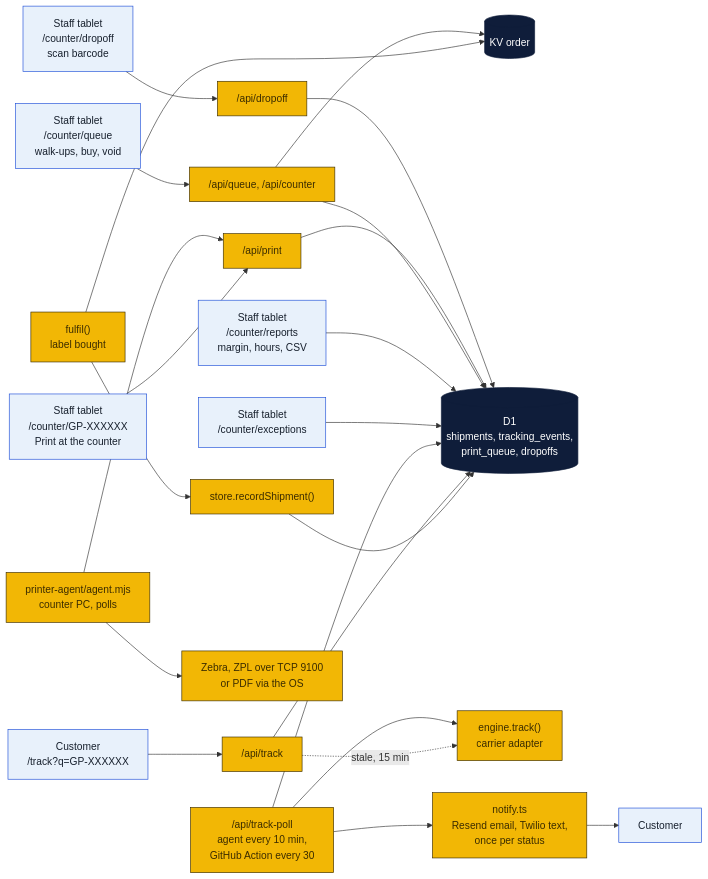
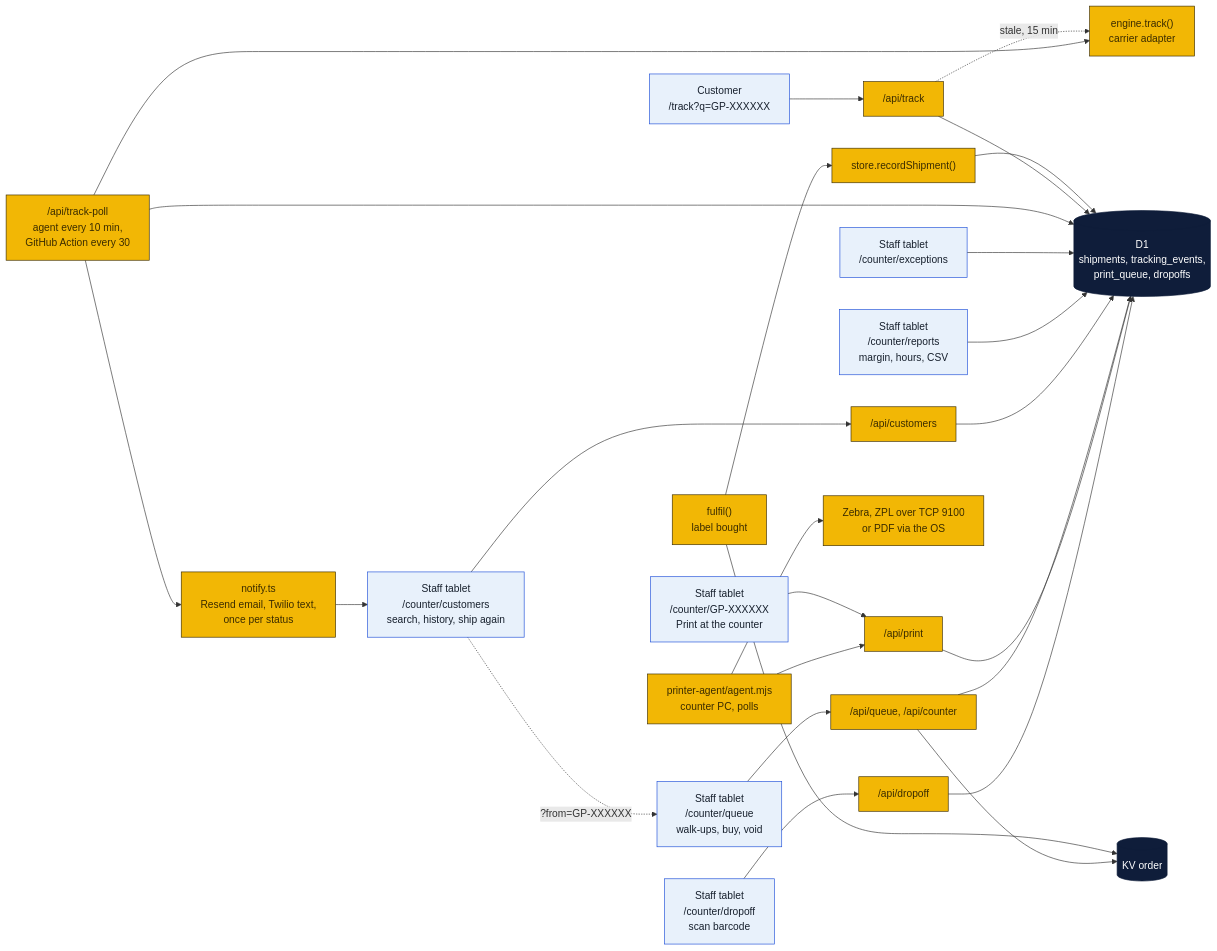
One commit to wbp318/goin-postal-forsythe changed the second of 7 diagrams in shipping-client/README.md. Above: the diagram before and after it, drawn with Mermaid. The commit also changed other lines of this file and 12 other files, not shown here.

First line of the commit message:
PeterShip: customer lookup, ship-again prefill, long plain-language guide (N2)

````diff
--- a/shipping-client/README.md
+++ b/shipping-client/README.md
@@ -59,22 +62,24 @@
 ```mermaid
 flowchart LR
   F["fulfil()<br/>label bought"]:::local --> KV[("KV order")]:::cloud
   F --> ST["store.recordShipment()"]:::local --> D1[("D1<br/>shipments, tracking_events,<br/>print_queue, dropoffs")]:::cloud
   C["Customer<br/>/track?q=GP-XXXXXX"]:::you --> TA["/api/track"]:::local --> D1
   TA -.->|stale, 15 min| TR["engine.track()<br/>carrier adapter"]:::local
   PL["/api/track-poll<br/>agent every 10 min,<br/>GitHub Action every 30"]:::local --> TR
   PL --> D1
   PL --> NO["notify.ts<br/>Resend email, Twilio text,<br/>once per status"]:::local
   NO --> CU["Customer"]:::you
   EX["Staff tablet<br/>/counter/exceptions"]:::you --> D1
   RP["Staff tablet<br/>/counter/reports<br/>margin, hours, CSV"]:::you --> D1
+  CU["Staff tablet<br/>/counter/customers<br/>search, history, ship again"]:::you --> CA["/api/customers"]:::local --> D1
+  CU -.->|"?from=GP-XXXXXX"| QU
   QU["Staff tablet<br/>/counter/queue<br/>walk-ups, buy, void"]:::you --> QA["/api/queue, /api/counter"]:::local --> D1
   QA --> KV
   K["Staff tablet<br/>/counter/GP-XXXXXX<br/>Print at the counter"]:::you --> PQ["/api/print"]:::local --> D1
   AG["printer-agent/agent.mjs<br/>counter PC, polls"]:::local --> PQ
   AG --> Z["Zebra, ZPL over TCP 9100<br/>or PDF via the OS"]:::local
   DO["Staff tablet<br/>/counter/dropoff<br/>scan barcode"]:::you --> DA["/api/dropoff"]:::local --> D1
   classDef local fill:#f2b705,stroke:#3b2c00,color:#3b2c00
   classDef cloud fill:#0f1d3a,stroke:#0f1d3a,color:#ffffff
   classDef you fill:#e8f1fb,stroke:#1d4ed8,color:#17202d
 ```
````
